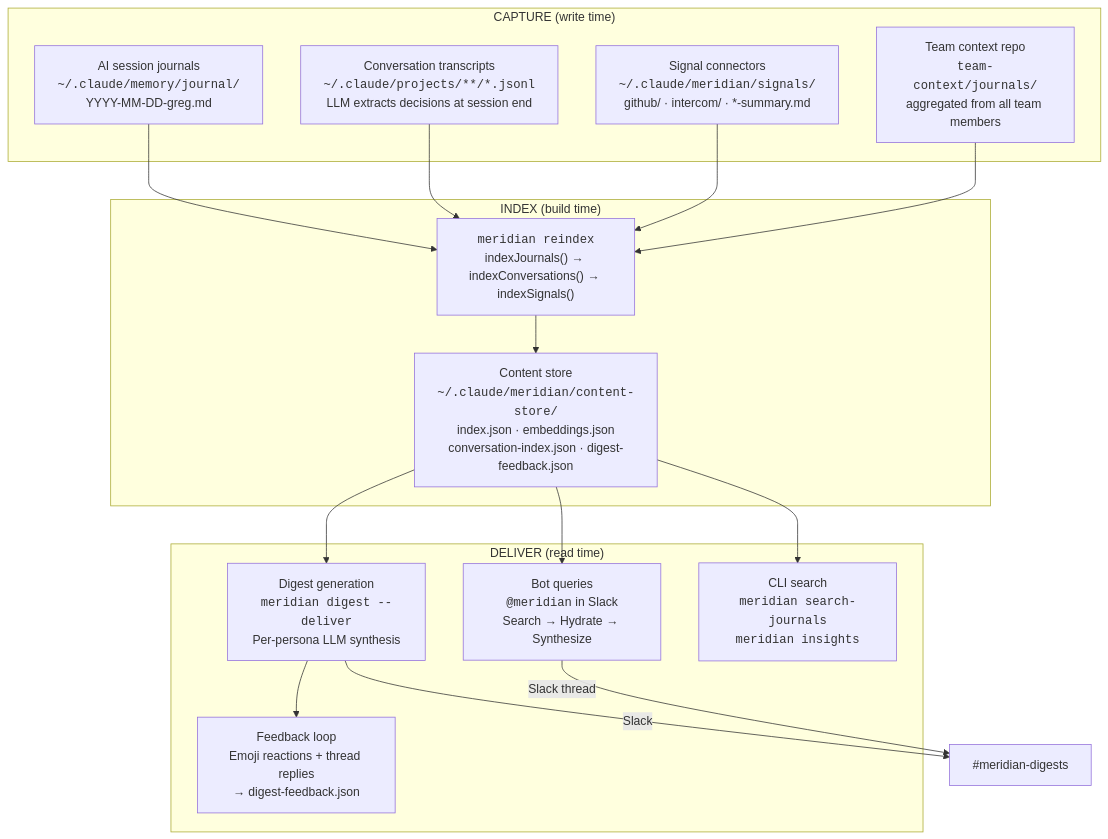
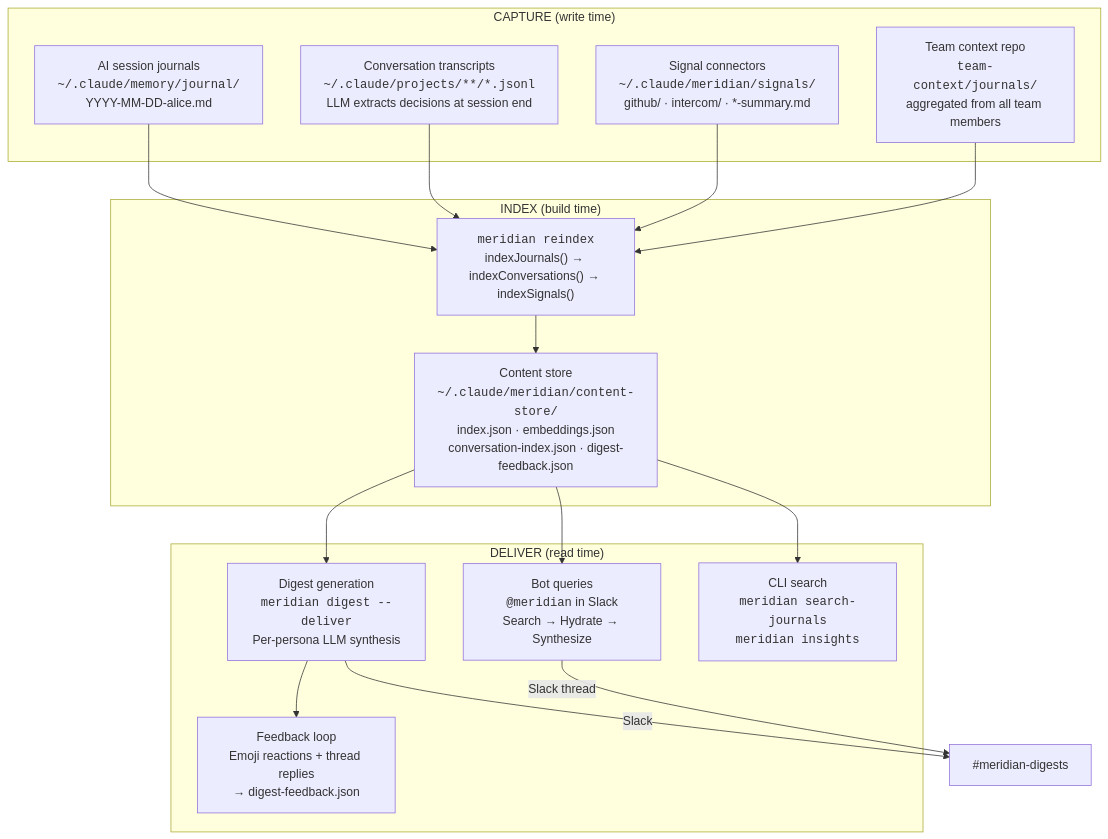
The first of 3 diagrams in docs/architecture/data-flow.md (usemeridian/meridian), drawn with Mermaid before and after one commit. The commit also changed other lines of this file and 9 other files, not shown here.

````diff
--- a/docs/architecture/data-flow.md
+++ b/docs/architecture/data-flow.md
@@ -11,34 +11,34 @@
 ```mermaid
 flowchart TD
     subgraph capture ["CAPTURE (write time)"]
-        J["AI session journals<br/><code>~/.claude/memory/journal/</code><br/>YYYY-MM-DD-greg.md"]
+        J["AI session journals<br/><code>~/.claude/memory/journal/</code><br/>YYYY-MM-DD-alice.md"]
         C["Conversation transcripts<br/><code>~/.claude/projects/**/*.jsonl</code><br/>LLM extracts decisions at session end"]
         S["Signal connectors<br/><code>~/.claude/meridian/signals/</code><br/>github/ · intercom/ · *-summary.md"]
         T["Team context repo<br/><code>team-context/journals/</code><br/>aggregated from all team members"]
     end
 
     subgraph index ["INDEX (build time)"]
         R["<code>meridian reindex</code><br/>indexJournals() → indexConversations() → indexSignals()"]
         CS["Content store<br/><code>~/.claude/meridian/content-store/</code><br/>index.json · embeddings.json<br/>conversation-index.json · digest-feedback.json"]
         R --> CS
     end
 
     subgraph deliver ["DELIVER (read time)"]
         D["Digest generation<br/><code>meridian digest --deliver</code><br/>Per-persona LLM synthesis"]
         B["Bot queries<br/><code>@meridian</code> in Slack<br/>Search → Hydrate → Synthesize"]
         CLI["CLI search<br/><code>meridian search-journals</code><br/><code>meridian insights</code>"]
         FB["Feedback loop<br/>Emoji reactions + thread replies<br/>→ digest-feedback.json"]
     end
 
     J --> R
     C --> R
     S --> R
     T --> R
     CS --> D
     CS --> B
     CS --> CLI
     D --> FB
 
     D -->|Slack| Slack["#meridian-digests"]
     B -->|Slack thread| Slack
 ```
````
